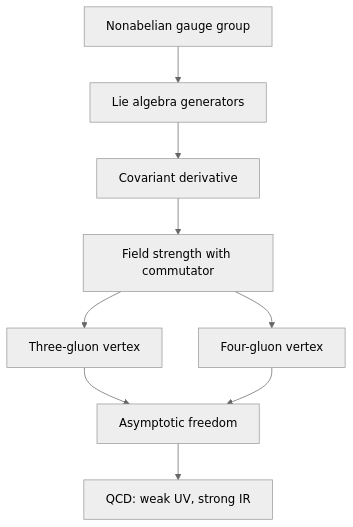
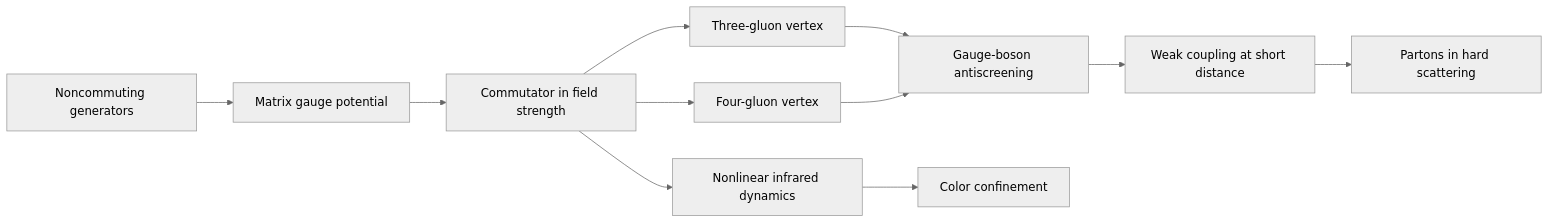
Before and after one commit to justinbrianhwang/SJ-wiki: the diagram in docs/physics/quantum-field-theory/yang-mills-theory-and-qcd.md, drawn with Mermaid (neutral theme). The commit also changed other lines of this file and 166 other files, not shown here.

````diff
--- a/docs/physics/quantum-field-theory/yang-mills-theory-and-qcd.md
+++ b/docs/physics/quantum-field-theory/yang-mills-theory-and-qcd.md
@@ -109,11 +109,13 @@
 ```mermaid
-flowchart TD
-  A[Nonabelian gauge group] --> B[Lie algebra generators]
-  B --> C[Covariant derivative]
-  C --> D[Field strength with commutator]
-  D --> E[Three-gluon vertex]
-  D --> F[Four-gluon vertex]
-  E --> G[Asymptotic freedom]
-  F --> G
-  G --> H["QCD: weak UV, strong IR"]
+flowchart LR
+  A["Noncommuting generators"] --> B["Matrix gauge potential"]
+  B --> C["Commutator in field strength"]
+  C --> D["Three-gluon vertex"]
+  C --> E["Four-gluon vertex"]
+  D --> F["Gauge-boson antiscreening"]
+  E --> F
+  F --> G["Weak coupling at short distance"]
+  G --> H["Partons in hard scattering"]
+  C --> I["Nonlinear infrared dynamics"]
+  I --> J["Color confinement"]
 ```
````
